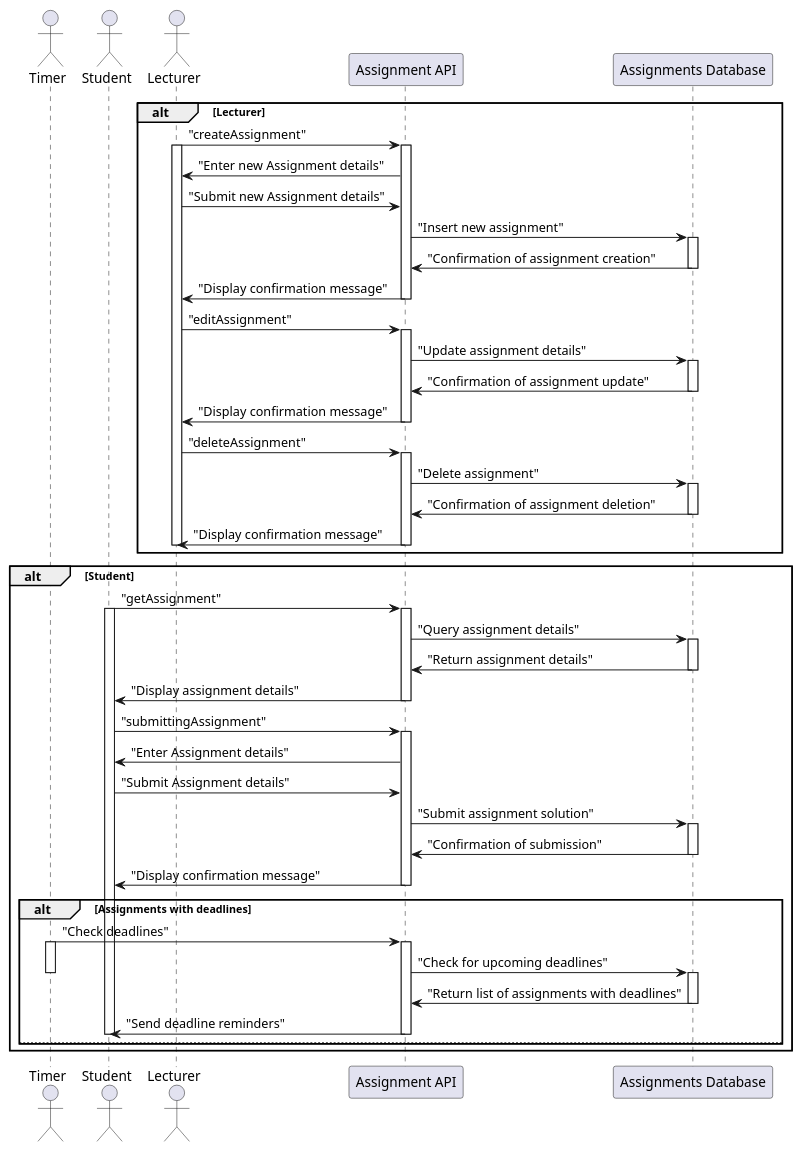
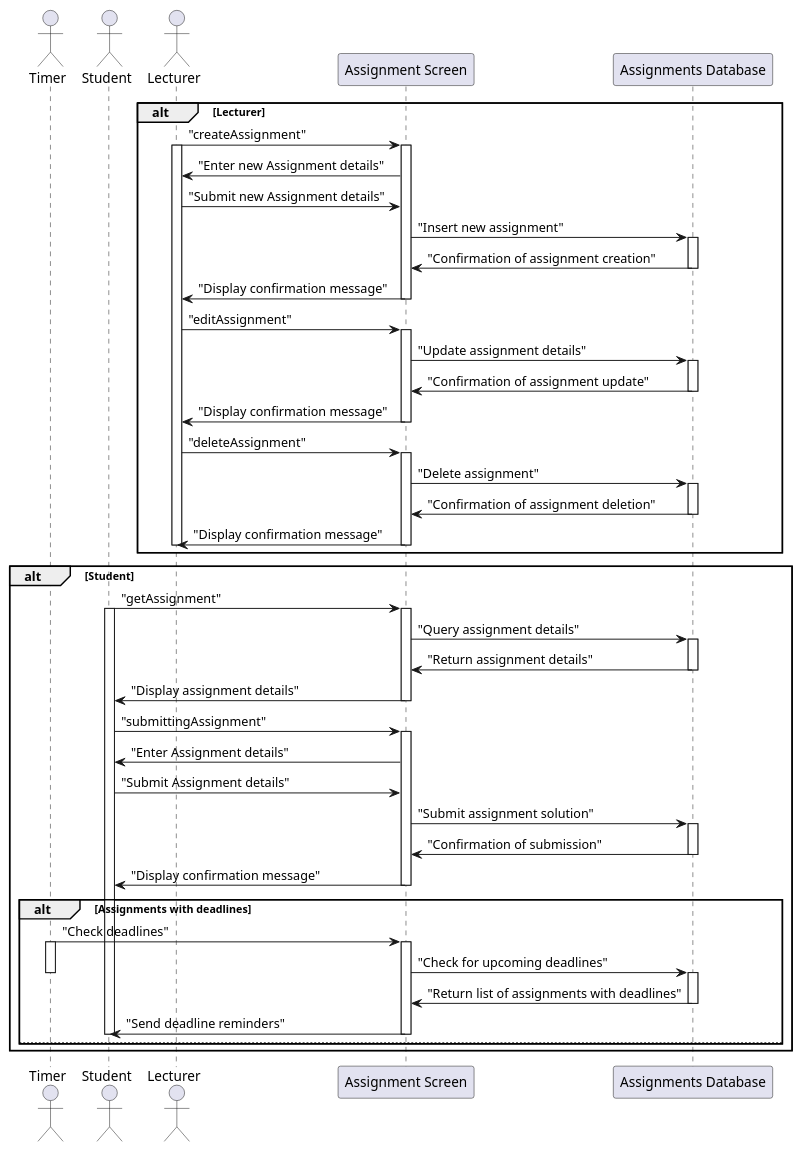
The diagram in UML/מטלות.puml (SergBirarov/academiq-final-project), drawn with PlantUML before and after one commit. The commit also changed 8 other files, not shown here.

```diff
--- a/UML/מטלות.puml
+++ b/UML/מטלות.puml
@@ -1,81 +1,81 @@
 @startuml "מערכת מטלות"
 Actor Timer
 ' Actor User
 Actor Student
 Actor Lecturer
-participant API as "Assignment API"
+participant API as "Assignment Screen"
 participant Database_Assignments as "Assignments Database"
 
 alt Lecturer
 Lecturer->API: "createAssignment"
 activate Lecturer
 activate API
 API->Lecturer: "Enter new Assignment details"
 Lecturer->API: "Submit new Assignment details"
 API->Database_Assignments: "Insert new assignment"
 activate Database_Assignments
 Database_Assignments->API: "Confirmation of assignment creation"
 deactivate Database_Assignments
 API->Lecturer: "Display confirmation message"
 deactivate API
 
 Lecturer->API: "editAssignment"
 activate API
 API->Database_Assignments: "Update assignment details"
 activate Database_Assignments
 Database_Assignments->API: "Confirmation of assignment update"
 deactivate Database_Assignments
 API->Lecturer: "Display confirmation message"
 deactivate API
 
 Lecturer->API: "deleteAssignment"
 activate API
 API->Database_Assignments: "Delete assignment"
 activate Database_Assignments
 Database_Assignments->API: "Confirmation of assignment deletion"
 deactivate Database_Assignments
 API->Lecturer: "Display confirmation message"
 deactivate Lecturer
 deactivate API
 end
 
 alt Student
 Student->API: "getAssignment"
 activate Student
 activate API
 API->Database_Assignments: "Query assignment details"
 activate Database_Assignments
 Database_Assignments->API: "Return assignment details"
 deactivate Database_Assignments
 API->Student: "Display assignment details"
 deactivate API
 
 
 Student->API: "submittingAssignment"
 activate API
 API->Student: "Enter Assignment details"
 Student->API: "Submit Assignment details"
 API->Database_Assignments: "Submit assignment solution"
 activate Database_Assignments
 Database_Assignments->API: "Confirmation of submission"
 deactivate Database_Assignments
 API->Student: "Display confirmation message"
 deactivate API
 
 alt Assignments with deadlines
 Timer->API: "Check deadlines"
 activate API
 activate Timer
 API->Database_Assignments: "Check for upcoming deadlines"
 deactivate Timer
 activate Database_Assignments
 Database_Assignments->API: "Return list of assignments with deadlines"
 deactivate Database_Assignments
 API->Student: "Send deadline reminders"
 deactivate API
 else
 deactivate API
 deactivate Student
 end
 end
 @enduml
```
